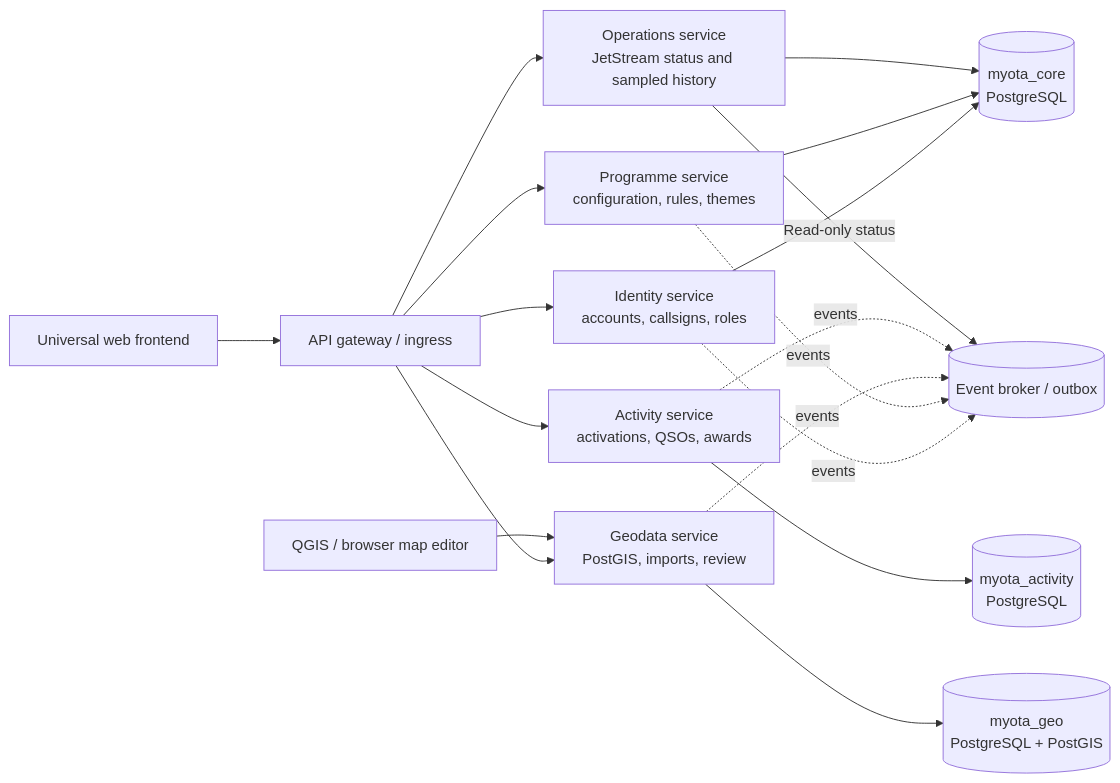
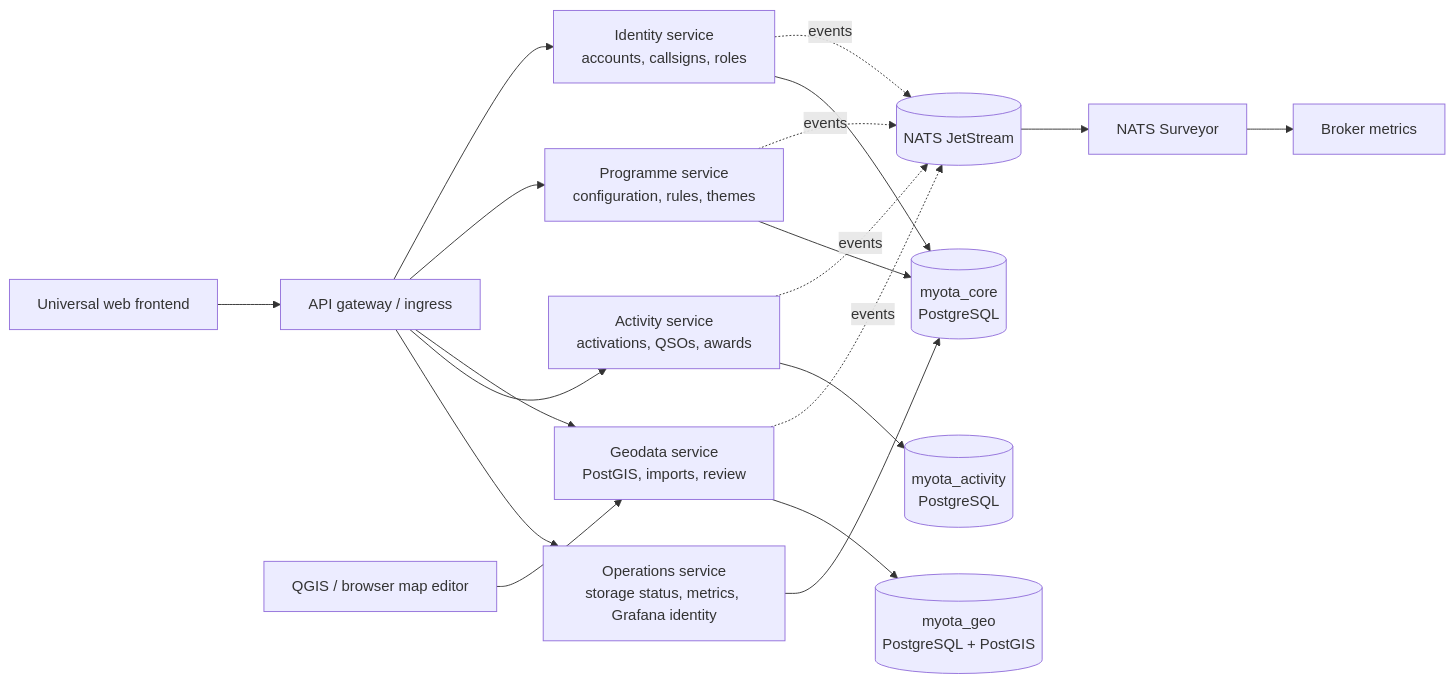
The first of 3 diagrams in docs/architecture/overview.md (myota-platform/myota-docs), drawn with Mermaid before and after one commit. The commit also changed other lines of this file and 24 other files, not shown here.

First line of the commit message:
docs(review): complete architecture review phases 1-4

````diff
--- a/docs/architecture/overview.md
+++ b/docs/architecture/overview.md
@@ -28,20 +29,21 @@
 ```mermaid
 flowchart LR
   UI[Universal web frontend] --> G[API gateway / ingress]
   G --> I[Identity service\naccounts, callsigns, roles]
   G --> P[Programme service\nconfiguration, rules, themes]
   G --> Geo[Geodata service\nPostGIS, imports, review]
   G --> A[Activity service\nactivations, QSOs, awards]
-  G --> Ops[Operations service\nJetStream status and sampled history]
-  I -. events .-> Bus[(Event broker / outbox)]
+  G --> Ops[Operations service\nstorage status, metrics, Grafana identity]
+  I -. events .-> Bus[(NATS JetStream)]
   P -. events .-> Bus
   Geo -. events .-> Bus
   A -. events .-> Bus
+  Bus --> Surveyor[NATS Surveyor]
+  Surveyor --> Prometheus[Broker metrics]
   I --> C[(myota_core\nPostgreSQL)]
   P --> C
   Ops --> C
-  Ops -->|Read-only status| Bus
   A --> ADB[(myota_activity\nPostgreSQL)]
   Geo --> D[(myota_geo\nPostgreSQL + PostGIS)]
   Admin[QGIS / browser map editor] --> Geo
 ```
````
